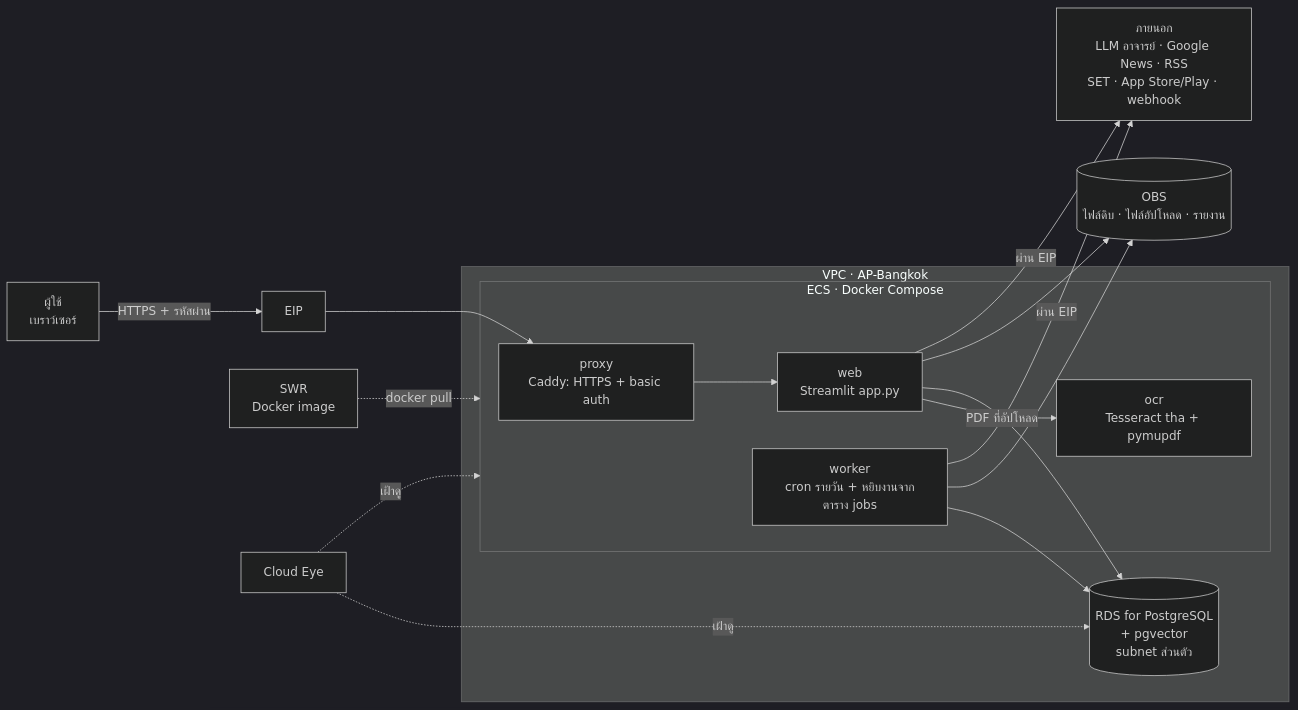
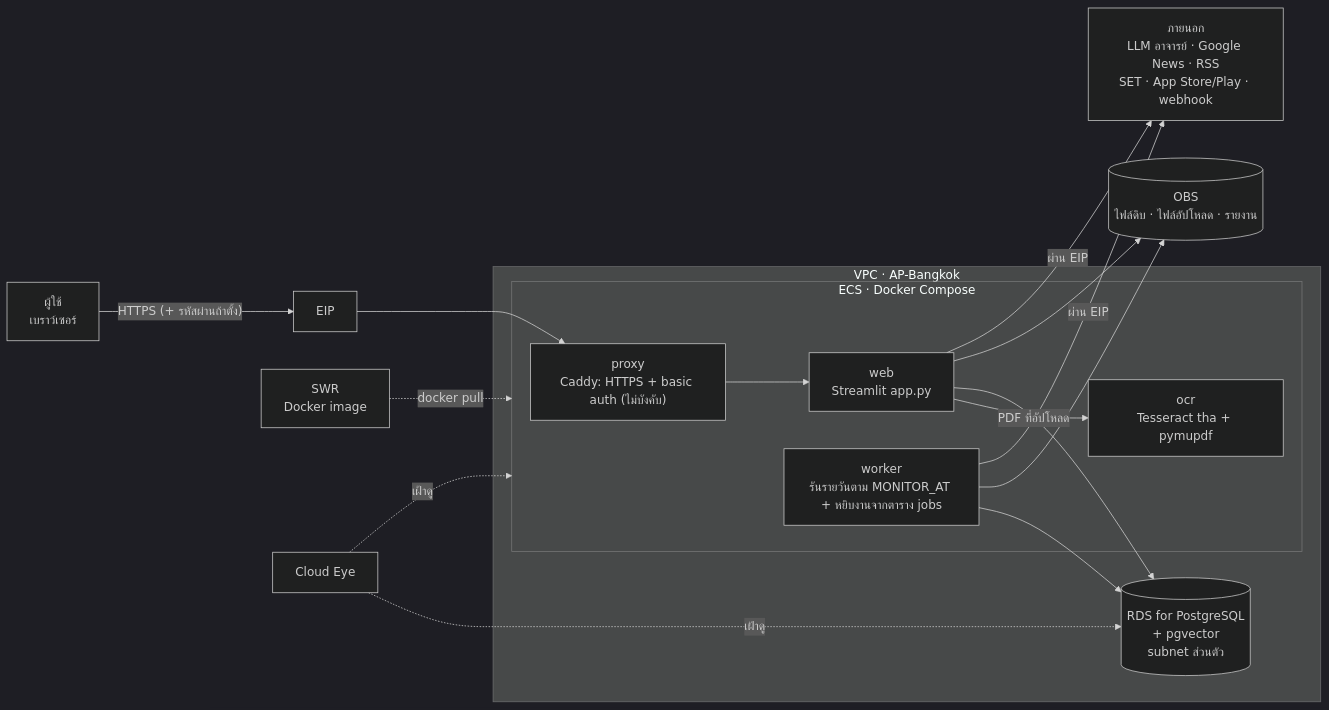
The diagram in docs/huawei-cloud.md (pepegummo/competitor-mockup), drawn with Mermaid (dark theme) before and after one commit. The commit also changed other lines of this file and 28 other files, not shown here.

First line of the commit message:
Docs: PostgreSQL/docker deploy, system flow diagrams, refreshed archify diagrams

````diff
--- a/docs/huawei-cloud.md
+++ b/docs/huawei-cloud.md
@@ -13,25 +15,25 @@
 ```mermaid
 flowchart LR
-    USER["ผู้ใช้<br/>เบราว์เซอร์"] -->|"HTTPS + รหัสผ่าน"| EIP["EIP"]
+    USER["ผู้ใช้<br/>เบราว์เซอร์"] -->|"HTTPS (+ รหัสผ่านถ้าตั้ง)"| EIP["EIP"]
     subgraph VPC["VPC · AP-Bangkok"]
         subgraph ECS["ECS · Docker Compose"]
-            PROXY["proxy<br/>Caddy: HTTPS + basic auth"]
+            PROXY["proxy<br/>Caddy: HTTPS + basic auth (ไม่บังคับ)"]
             WEB["web<br/>Streamlit app.py"]
-            WORKER["worker<br/>cron รายวัน + หยิบงานจากตาราง jobs"]
+            WORKER["worker<br/>รันรายวันตาม MONITOR_AT + หยิบงานจากตาราง jobs"]
             OCR["ocr<br/>Tesseract tha + pymupdf"]
             PROXY --> WEB
             WEB -->|"PDF ที่อัปโหลด"| OCR
         end
         RDS[("RDS for PostgreSQL<br/>+ pgvector<br/>subnet ส่วนตัว")]
         WEB --> RDS
         WORKER --> RDS
     end
     EIP --> PROXY
     WEB --> OBS[("OBS<br/>ไฟล์ดิบ · ไฟล์อัปโหลด · รายงาน")]
     WORKER --> OBS
     SWR["SWR<br/>Docker image"] -.->|"docker pull"| ECS
     WORKER -->|"ผ่าน EIP"| EXT["ภายนอก<br/>LLM อาจารย์ · Google News · RSS<br/>SET · App Store/Play · webhook"]
     WEB -->|"ผ่าน EIP"| EXT
     CE["Cloud Eye"] -.->|"เฝ้าดู"| ECS
     CE -.->|"เฝ้าดู"| RDS
 ```
````
